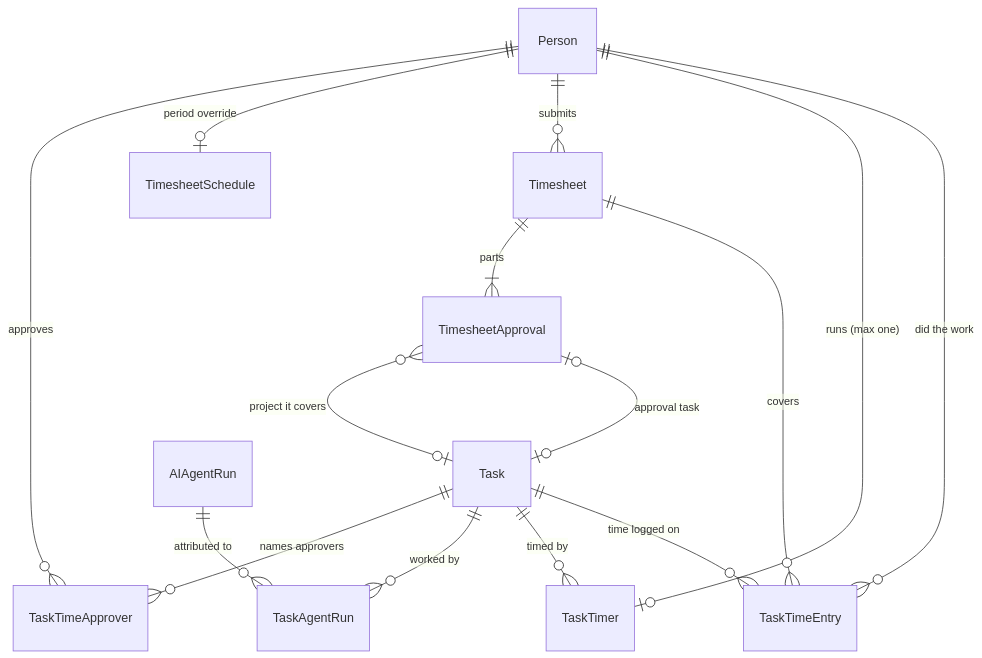
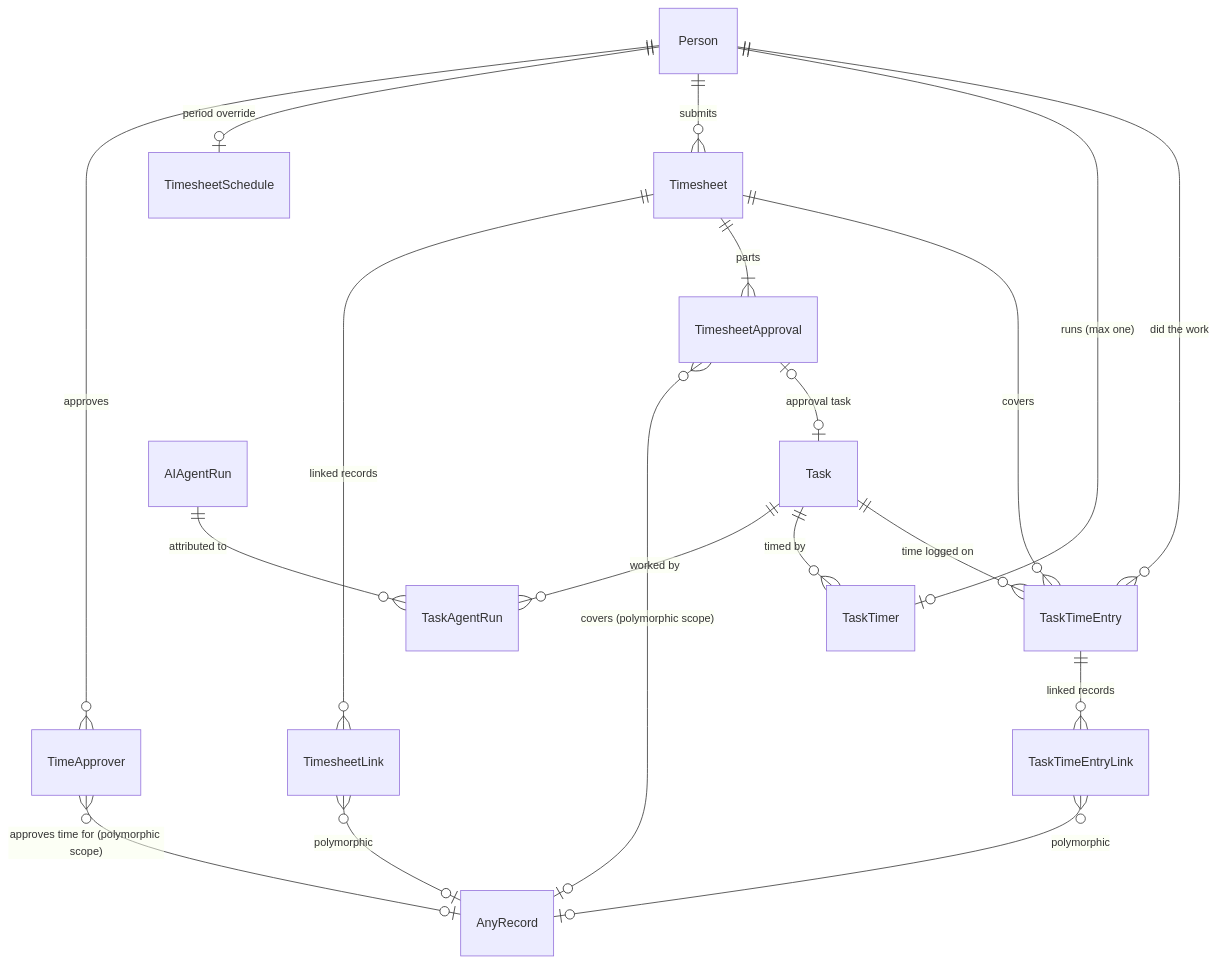
One commit to MemberJunction/bizapps-tasks changed the second of 4 diagrams in plans/TIME_TRACKING_PLAN.md. Above: the diagram before and after it, drawn with Mermaid. The commit also changed other lines of this file, not shown here.

First line of the commit message:
docs(plans): polymorphic links for timesheets, entries and approvers

````diff
--- a/plans/TIME_TRACKING_PLAN.md
+++ b/plans/TIME_TRACKING_PLAN.md
@@ -518,17 +554,21 @@
 ```mermaid
 erDiagram
     Task ||--o{ TaskTimeEntry : "time logged on"
     Task ||--o{ TaskTimer : "timed by"
     Task ||--o{ TaskAgentRun : "worked by"
     Person ||--o{ TaskTimeEntry : "did the work"
     Person ||--o| TaskTimer : "runs (max one)"
     AIAgentRun ||--o{ TaskAgentRun : "attributed to"
     Person ||--o{ Timesheet : "submits"
     Person ||--o| TimesheetSchedule : "period override"
     Timesheet ||--o{ TaskTimeEntry : "covers"
     Timesheet ||--|{ TimesheetApproval : "parts"
     TimesheetApproval |o--o| Task : "approval task"
-    TimesheetApproval }o--o| Task : "project it covers"
-    Task ||--o{ TaskTimeApprover : "names approvers"
-    Person ||--o{ TaskTimeApprover : "approves"
+    TimesheetApproval }o--o| AnyRecord : "covers (polymorphic scope)"
+    TimeApprover }o--o| AnyRecord : "approves time for (polymorphic scope)"
+    Person ||--o{ TimeApprover : "approves"
+    Timesheet ||--o{ TimesheetLink : "linked records"
+    TimesheetLink }o--o| AnyRecord : "polymorphic"
+    TaskTimeEntry ||--o{ TaskTimeEntryLink : "linked records"
+    TaskTimeEntryLink }o--o| AnyRecord : "polymorphic"
 ```
````
